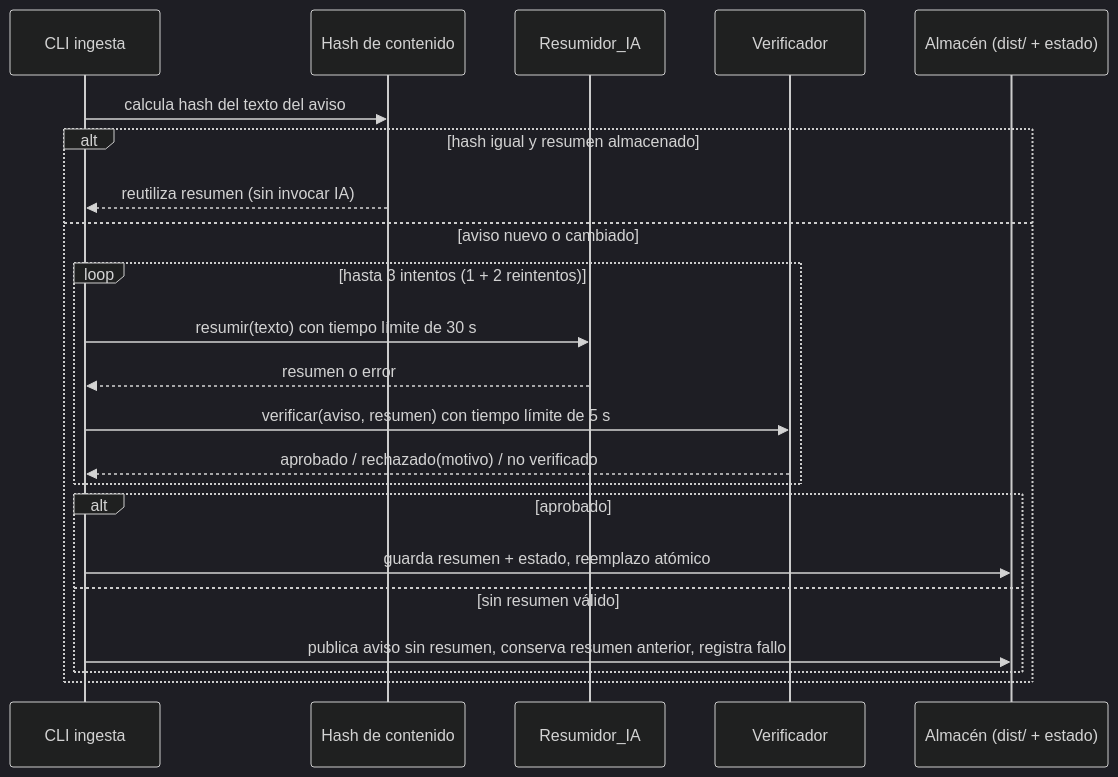
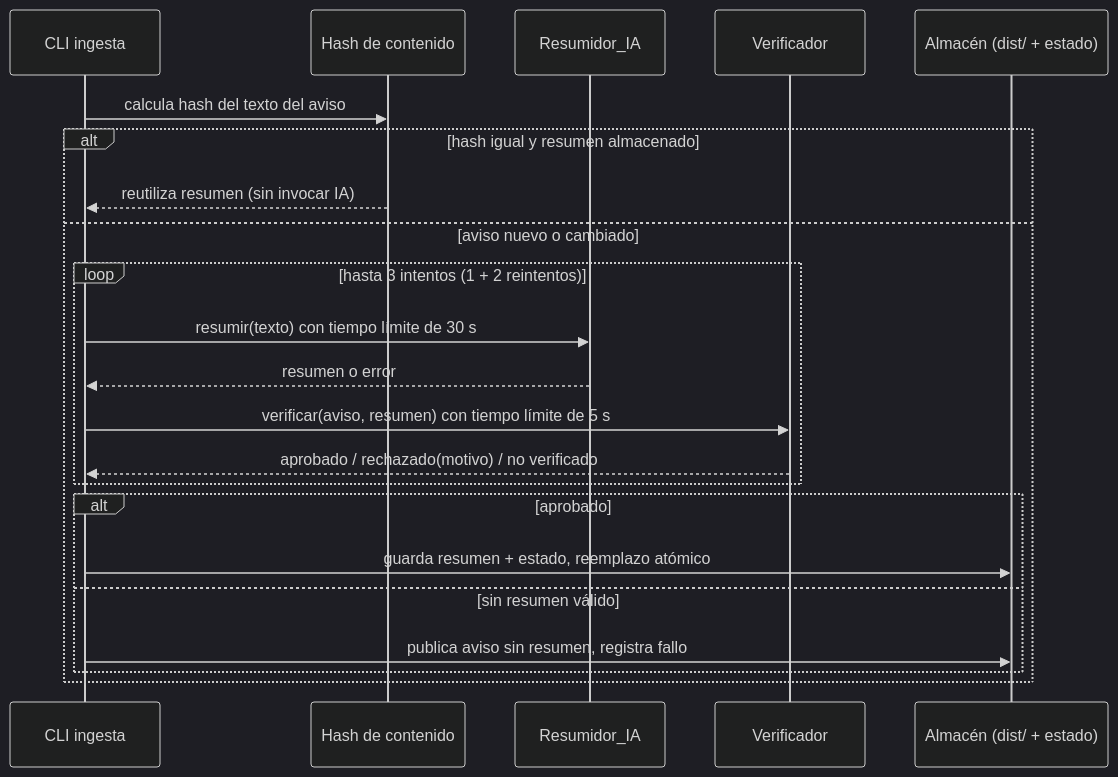
One commit to Fabri3F/Teletexto-2.0 changed the second of 4 diagrams in .kiro/specs/teletexto-2-0/design.md. Above: the diagram before and after it, drawn with Mermaid (dark theme). The commit also changed other lines of this file and 33 other files, not shown here.

````diff
--- a/.kiro/specs/teletexto-2-0/design.md
+++ b/.kiro/specs/teletexto-2-0/design.md
@@ -53,24 +78,24 @@
 ```mermaid
 sequenceDiagram
   participant CLI as CLI ingesta
   participant H as Hash de contenido
   participant IA as Resumidor_IA
   participant V as Verificador
   participant ST as Almacén (dist/ + estado)
   CLI->>H: calcula hash del texto del aviso
   alt hash igual y resumen almacenado
     H-->>CLI: reutiliza resumen (sin invocar IA)
   else aviso nuevo o cambiado
     loop hasta 3 intentos (1 + 2 reintentos)
       CLI->>IA: resumir(texto) con tiempo límite de 30 s
       IA-->>CLI: resumen o error
       CLI->>V: verificar(aviso, resumen) con tiempo límite de 5 s
       V-->>CLI: aprobado / rechazado(motivo) / no verificado
     end
     alt aprobado
       CLI->>ST: guarda resumen + estado, reemplazo atómico
     else sin resumen válido
-      CLI->>ST: publica aviso sin resumen, conserva resumen anterior, registra fallo
+      CLI->>ST: publica aviso sin resumen, registra fallo
     end
   end
 ```
````
